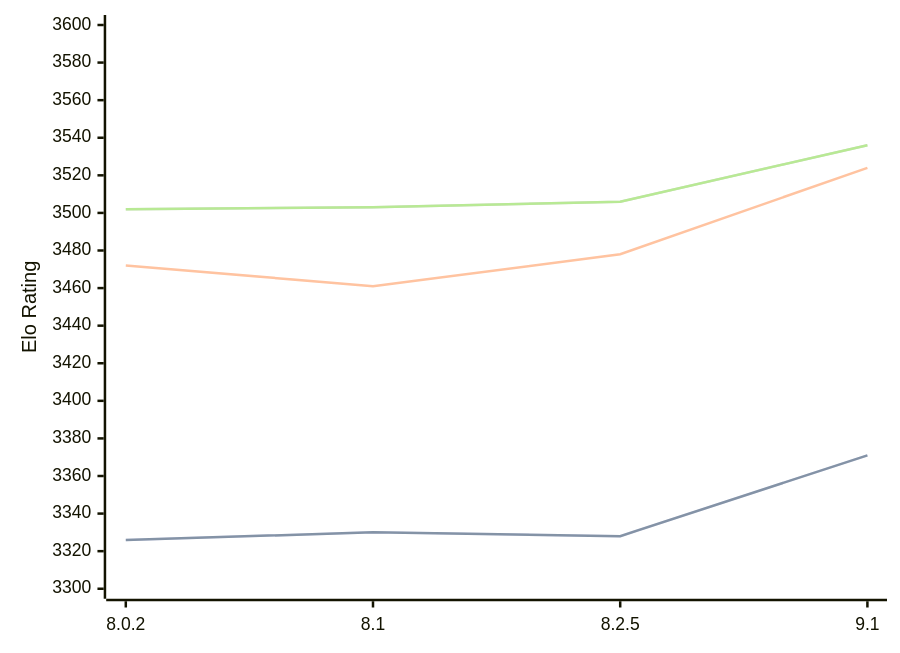
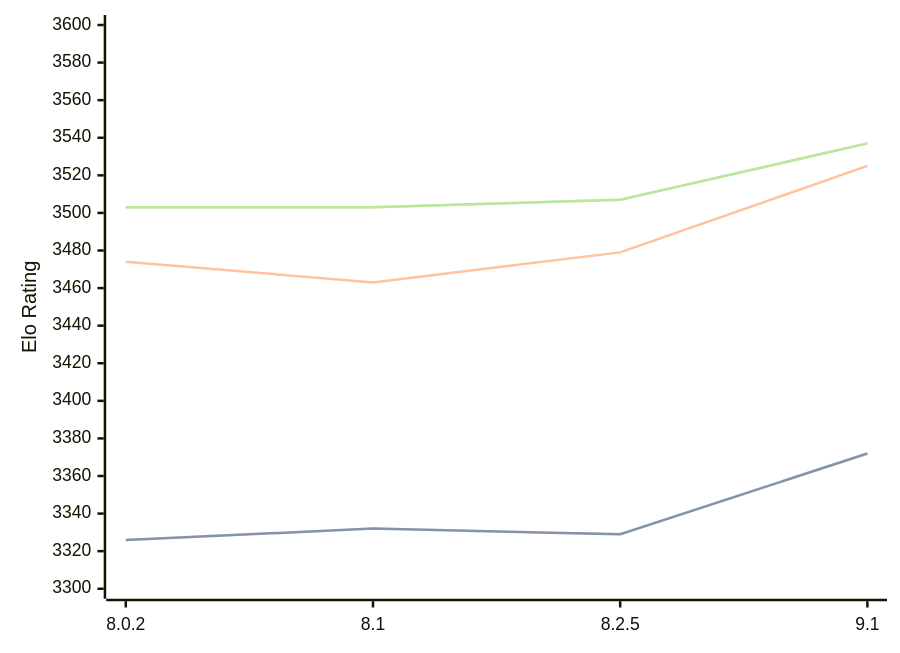
The diagram in engines/Clover.md (computer-chess-index/cci), drawn with Mermaid before and after one commit. The commit also changed other lines of this file, not shown here.

Commit message:
Update CCI Ratings (ELO VLTC) - 2026-07-25

````diff
--- a/engines/Clover.md
+++ b/engines/Clover.md
@@ -64,11 +64,11 @@
 ```mermaid
 %%{init: {"theme":"base","themeVariables":{"seriesColors:['#a3a3a3','#222221','#faa371']}}}%%
 xychart-beta
   x-axis ["8.0.2", "8.1", "8.2.5", "9.1"]
   y-axis "Elo Rating" 3300 --> 3600
-  line "STC (8.0+0.08s)" [3326, 3330, 3328, 3371]
-  line "STC (8.0+0.08s)" [3326, 3330, 3328, 3371]
-  line "LTC (60.0+0.60s)" [3472, 3461, 3478, 3524]
-  line "VLTC (2m24s+1.12s)" [3502, 3503, 3506, 3536]
-  line "VLTC (2m24s+1.12s)" [3502, 3503, 3506, 3536]
+  line "STC (8.0+0.08s)" [3326, 3332, 3329, 3372]
+  line "STC (8.0+0.08s)" [3326, 3332, 3329, 3372]
+  line "LTC (60.0+0.60s)" [3474, 3463, 3479, 3525]
+  line "VLTC (2m24s+1.12s)" [3503, 3503, 3507, 3537]
+  line "VLTC (2m24s+1.12s)" [3503, 3503, 3507, 3537]
 ```
````
